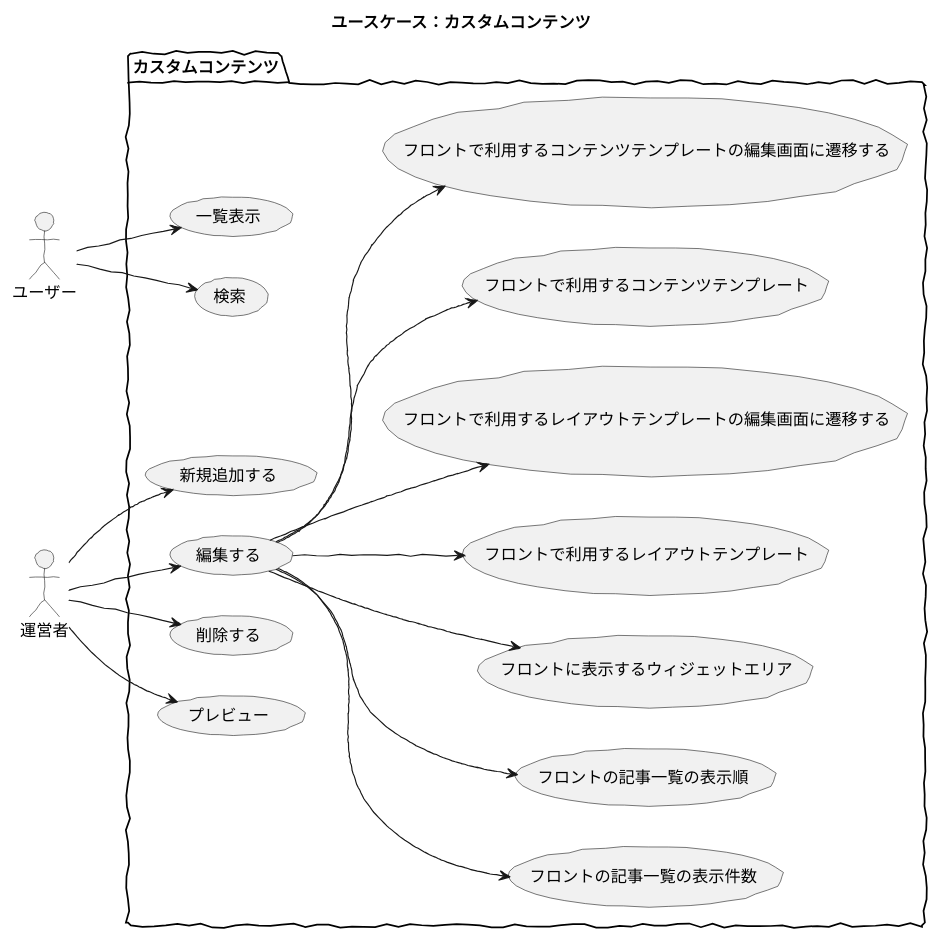
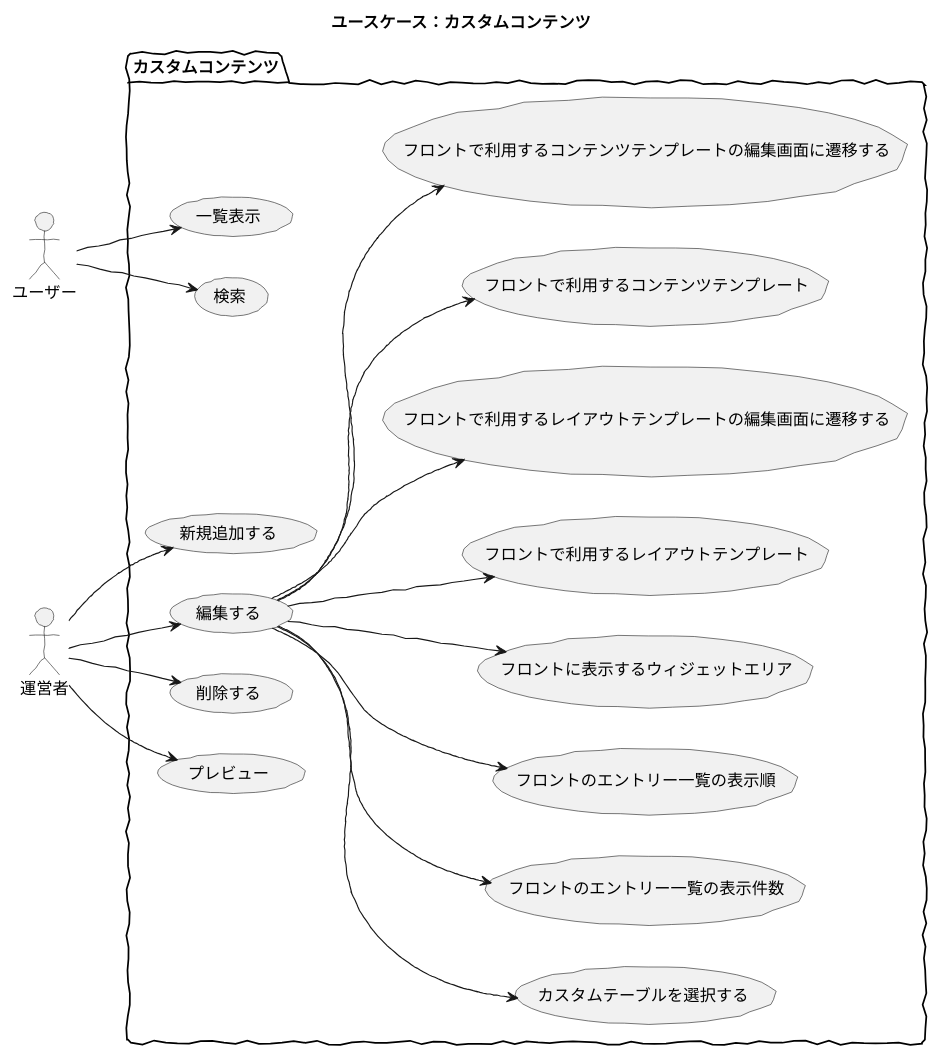
The diagram in src/puml/5/ucmitz/svg/use_case/bc-custom-content/custom_contents.puml (baserproject/baserproject.github.io), drawn with PlantUML before and after one commit. The commit also changed 12 other files, not shown here.

```diff
--- a/src/puml/5/ucmitz/svg/use_case/bc-custom-content/custom_contents.puml
+++ b/src/puml/5/ucmitz/svg/use_case/bc-custom-content/custom_contents.puml
@@ -1,28 +1,29 @@
 @startuml
 
 skinparam handwritten true
 skinparam backgroundColor white
 
 title ユースケース：カスタムコンテンツ
 
 actor ユーザー
 actor 運営者
 
 package カスタムコンテンツ {
 	left to right direction
 	運営者 --> (新規追加する)
 	運営者 --> (編集する)
 	運営者 --> (削除する)
     運営者 --> (プレビュー)
-	(編集する) --> (フロントの記事一覧の表示件数)
-	(編集する) --> (フロントの記事一覧の表示順)
+  (編集する) --> (カスタムテーブルを選択する)
+	(編集する) --> (フロントのエントリー一覧の表示件数)
+	(編集する) --> (フロントのエントリー一覧の表示順)
 	(編集する) --> (フロントに表示するウィジェットエリア)
 	(編集する) --> (フロントで利用するレイアウトテンプレート)
 	(編集する) --> (フロントで利用するレイアウトテンプレートの編集画面に遷移する)
 	(編集する) --> (フロントで利用するコンテンツテンプレート)
 	(編集する) --> (フロントで利用するコンテンツテンプレートの編集画面に遷移する)
     ユーザー --> (一覧表示)
     ユーザー --> (検索)
 }
 
 @enduml
```
